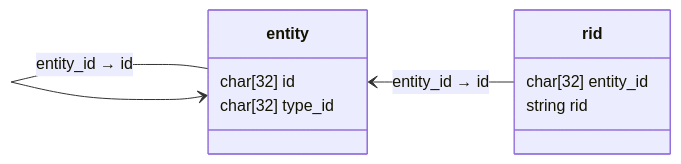
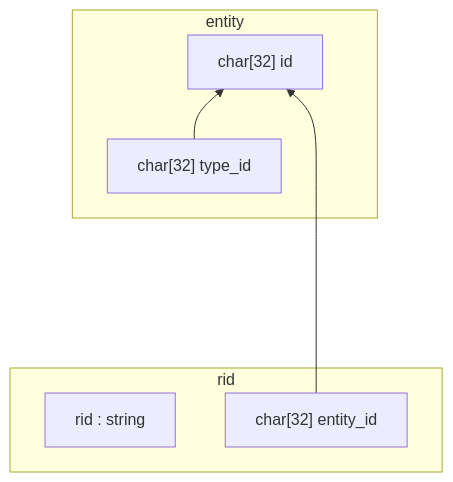
The first of 2 diagrams in ru/entities.md (johnthesmith/scraps), drawn with Mermaid before and after one commit.

````diff
--- a/ru/entities.md
+++ b/ru/entities.md
@@ -116,18 +116,19 @@
 ```mermaid
-classDiagram 
-    direction RL
 
-    class rid {
-        char[32] entity_id
-        string rid
-    }
+graph BT
 
-    class entity {
-        char[32] id
-        char[32] type_id
-    }
+    subgraph entity
+        entity_id["char[32] id"]
+        entity_type_id["char[32] type_id"]
+    end
+
+    subgraph rid
+        rid_value["rid : string"]
+        rid_entity_id["char[32] entity_id"]
+    end
 
 
-    entity --> entity : entity_id → id
-    rid --> entity : entity_id → id
+entity_type_id --> entity_id
+rid_entity_id -----> entity_id 
+
 ```
````
